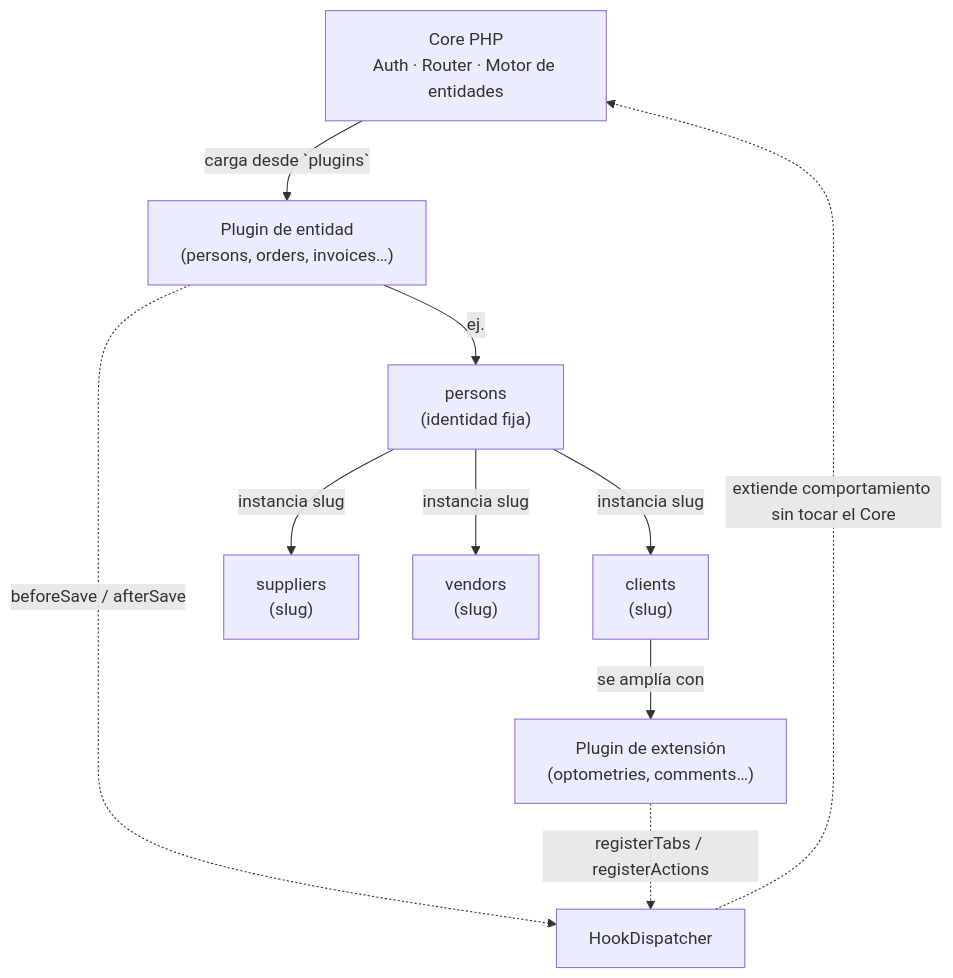
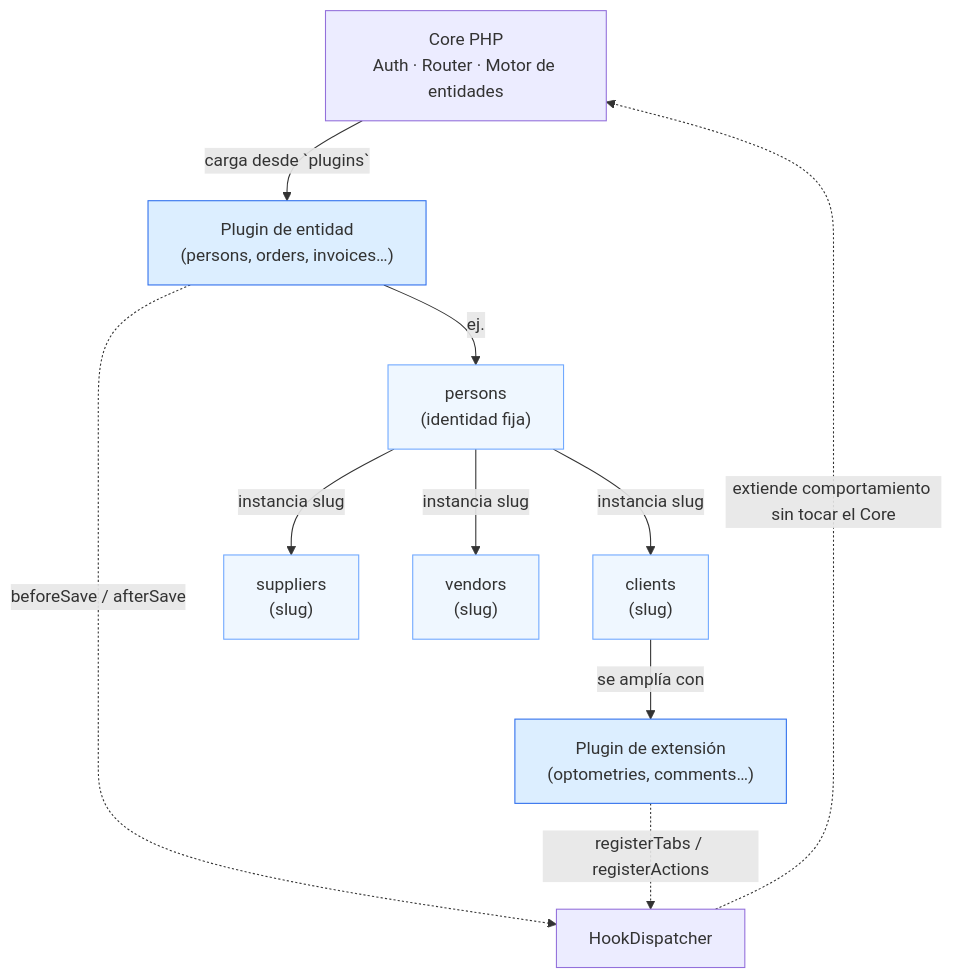
The diagram in README.md (brass4study/xestify), drawn with Mermaid before and after one commit.

Commit message:
docs: resaltar con color los bloques de plugins en el diagrama del README
- README.md: el diagrama Mermaid de "Como funciona" ahora colorea en azul
  los nodos EntityPlugin/ExtPlugin (classDef pluginNode) y en un azul mas
  claro las instancias Persons/Clients/Suppliers/Vendors (classDef
  instanceNode), para distinguir visualmente plugins de sus instancias.

````diff
--- a/README.md
+++ b/README.md
@@ -70,21 +70,26 @@
 ```mermaid
 flowchart TD
     Core["Core PHP<br/>Auth · Router · Motor de entidades"]
     EntityPlugin["Plugin de entidad<br/>(persons, orders, invoices…)"]
     Persons["persons<br/>(identidad fija)"]
     Clients["clients<br/>(slug)"]
     Suppliers["suppliers<br/>(slug)"]
     Vendors["vendors<br/>(slug)"]
     ExtPlugin["Plugin de extensión<br/>(optometries, comments…)"]
     Hooks["HookDispatcher"]
 
     Core -->|carga desde `plugins`| EntityPlugin
     EntityPlugin -->|ej.| Persons
     Persons -->|instancia slug| Clients
     Persons -->|instancia slug| Suppliers
     Persons -->|instancia slug| Vendors
     Clients -->|se amplía con| ExtPlugin
     EntityPlugin -.->|beforeSave / afterSave| Hooks
     ExtPlugin -.->|registerTabs / registerActions| Hooks
     Hooks -.->|extiende comportamiento sin tocar el Core| Core
+
+    classDef pluginNode fill:#DCEEFF,stroke:#2F6FED
+    classDef instanceNode fill:#EFF7FF,stroke:#6FA8FF
+    class EntityPlugin,ExtPlugin pluginNode
+    class Persons,Clients,Suppliers,Vendors instanceNode
 ```
````
